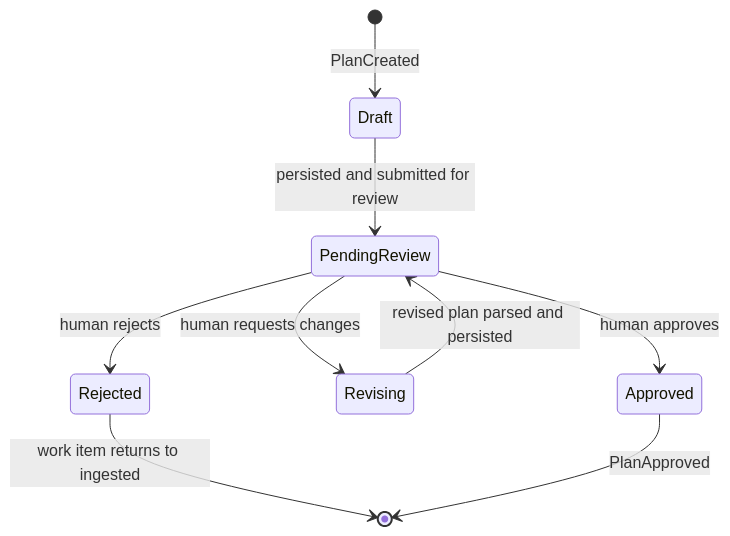
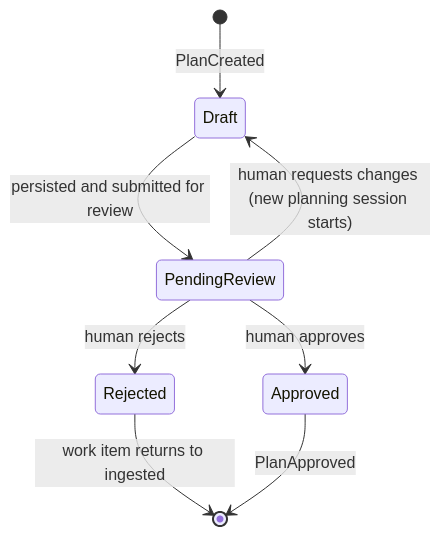
Before and after one commit to beeemT/substrate: the diagram in docs/05-orchestration.md, drawn with Mermaid. The commit also changed other lines of this file and 22 other files, not shown here.

````diff
--- a/docs/05-orchestration.md
+++ b/docs/05-orchestration.md
@@ -35,11 +35,10 @@
 ```mermaid
 stateDiagram-v2
     [*] --> Draft: PlanCreated
     Draft --> PendingReview: persisted and submitted for review
     PendingReview --> Approved: human approves
-    PendingReview --> Revising: human requests changes
+    PendingReview --> Draft: human requests changes (new planning session starts)
     PendingReview --> Rejected: human rejects
-    Revising --> PendingReview: revised plan parsed and persisted
     Rejected --> [*]: work item returns to ingested
     Approved --> [*]: PlanApproved
 ```
````
